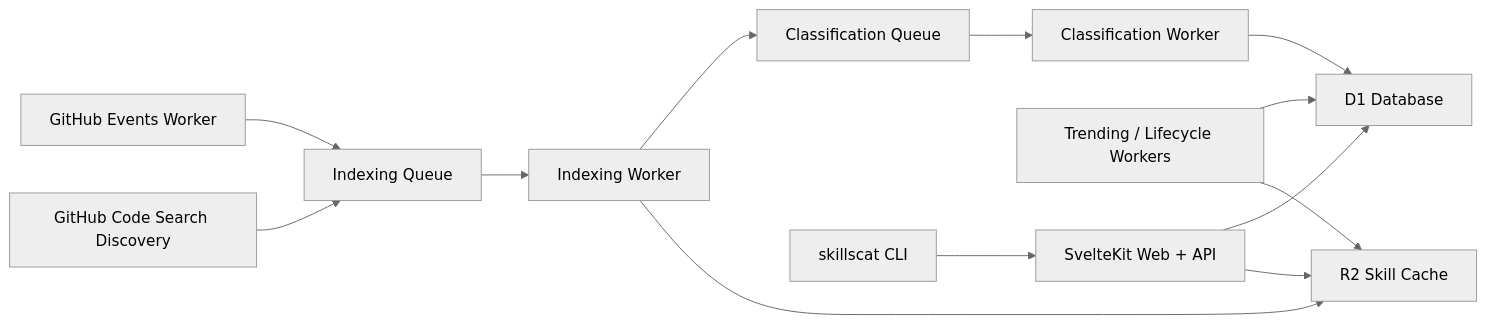
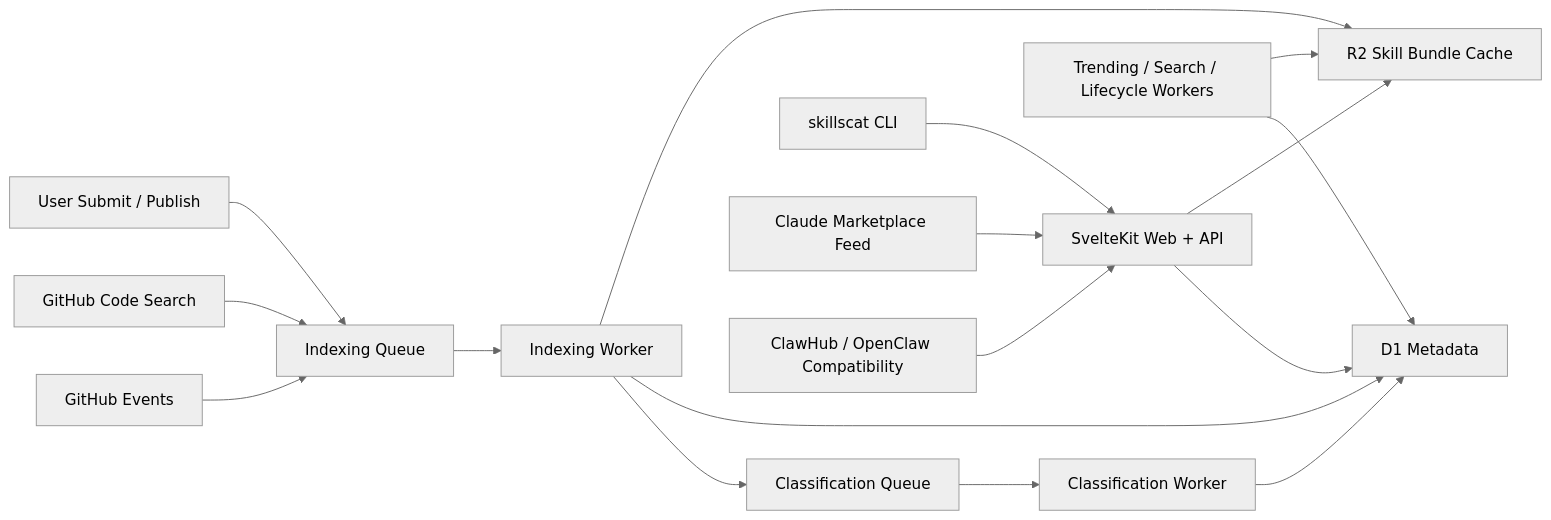
The diagram in README.md (SkillsCat/skillscat), drawn with Mermaid (neutral theme) before and after one commit. The commit also changed other lines of this file and 4 other files, not shown here.

````diff
--- a/README.md
+++ b/README.md
@@ -36,15 +66,19 @@
 ```mermaid
 flowchart LR
-  A["GitHub Events Worker"] --> B["Indexing Queue"]
-  K["GitHub Code Search Discovery"] --> B
-  B --> C["Indexing Worker"]
-  C --> D["Classification Queue"]
-  D --> E["Classification Worker"]
-  E --> F["D1 Database"]
-  C --> G["R2 Skill Cache"]
-  H["Trending / Lifecycle Workers"] --> F
-  H --> G
-  I["SvelteKit Web + API"] --> F
-  I --> G
-  J["skillscat CLI"] --> I
+  A["GitHub Events"] --> D["Indexing Queue"]
+  B["GitHub Code Search"] --> D
+  C["User Submit / Publish"] --> D
+  D --> E["Indexing Worker"]
+  E --> F["Classification Queue"]
+  F --> G["Classification Worker"]
+  E --> H["D1 Metadata"]
+  E --> I["R2 Skill Bundle Cache"]
+  G --> H
+  J["Trending / Search / Lifecycle Workers"] --> H
+  J --> I
+  K["SvelteKit Web + API"] --> H
+  K --> I
+  L["skillscat CLI"] --> K
+  M["Claude Marketplace Feed"] --> K
+  N["ClawHub / OpenClaw Compatibility"] --> K
 ```
````
